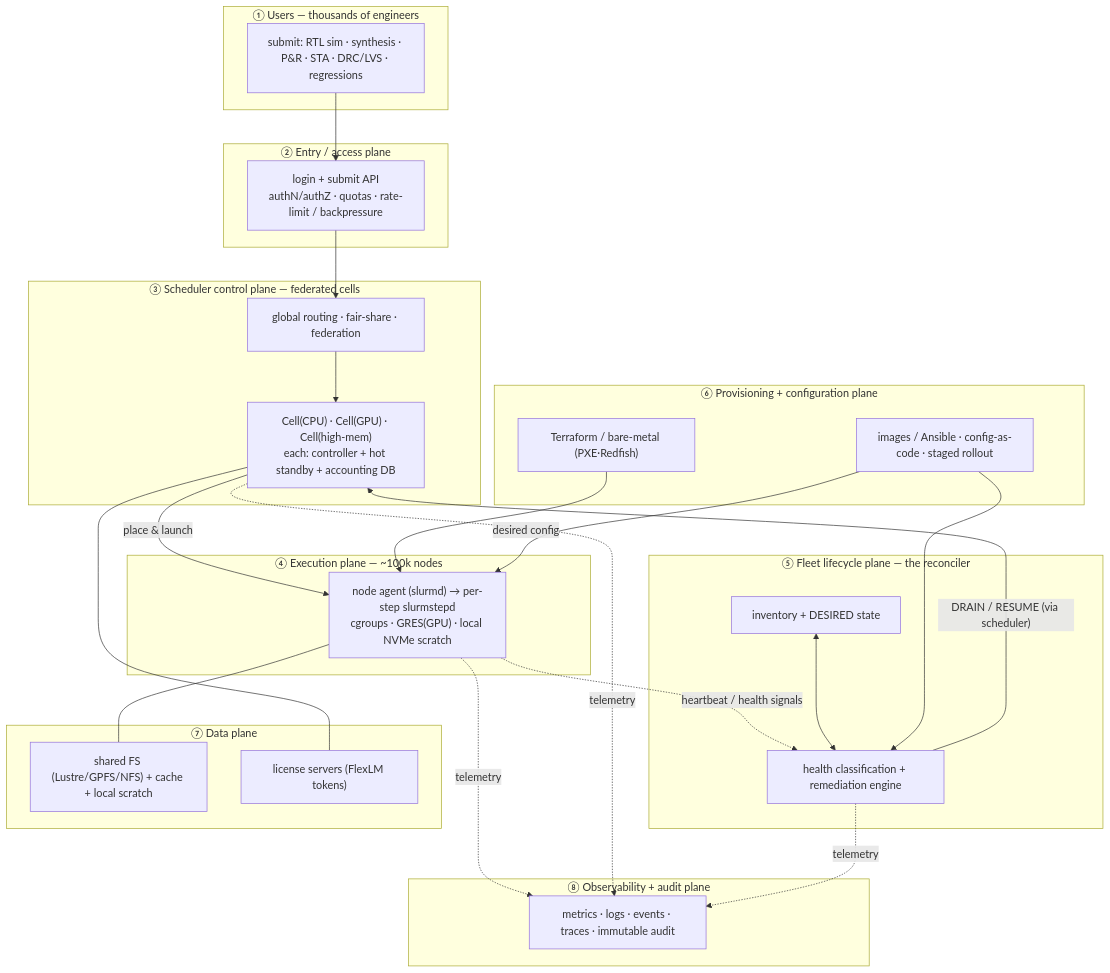
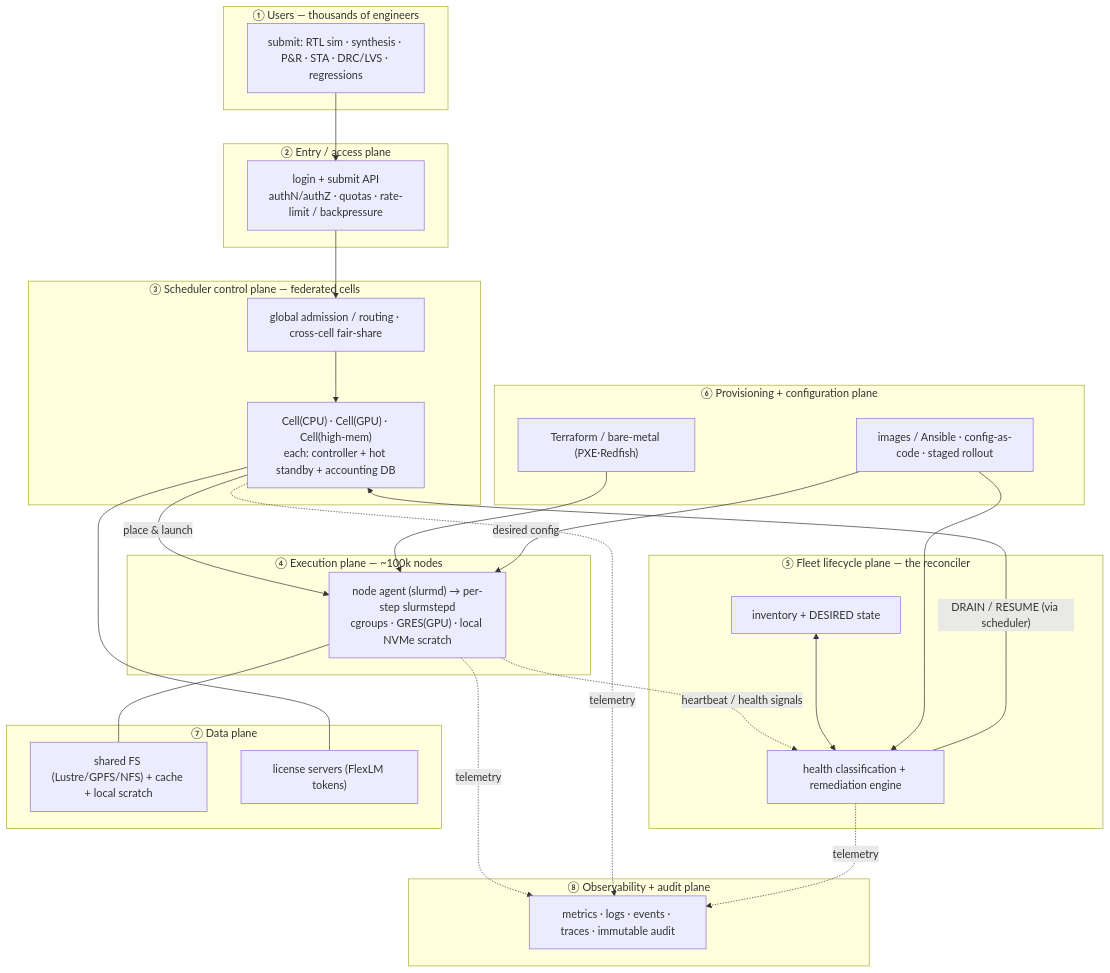
Before and after one commit to Ajayvardhanreddy/distributed-workload-platform-slurm: the second of 15 diagrams in docs/PRODUCTION_SCALE_ARCHITECTURE.md, drawn with Mermaid. The commit also changed other lines of this file and 1 other file, not shown here.

First line of the commit message:
docs: tighten production-scale architecture doc and README

````diff
--- a/docs/PRODUCTION_SCALE_ARCHITECTURE.md
+++ b/docs/PRODUCTION_SCALE_ARCHITECTURE.md
@@ -127,45 +129,45 @@
 ```mermaid
 flowchart TB
     subgraph P1["① Users — thousands of engineers"]
         ENG["submit: RTL sim · synthesis · P&R · STA · DRC/LVS · regressions"]
     end
     subgraph P2["② Entry / access plane"]
         LOGIN["login + submit API<br/>authN/authZ · quotas · rate-limit / backpressure"]
     end
     subgraph P3["③ Scheduler control plane — federated cells"]
-        FED["global routing · fair-share · federation"]
+        FED["global admission / routing · cross-cell fair-share"]
         CELLS["Cell(CPU) · Cell(GPU) · Cell(high-mem)<br/>each: controller + hot standby + accounting DB"]
     end
     subgraph P4["④ Execution plane — ~100k nodes"]
         EXEC["node agent (slurmd) → per-step slurmstepd<br/>cgroups · GRES(GPU) · local NVMe scratch"]
     end
     subgraph P5["⑤ Fleet lifecycle plane — the reconciler"]
         INV["inventory + DESIRED state"]
         REM["health classification + remediation engine"]
     end
     subgraph P6["⑥ Provisioning + configuration plane"]
         PROV["Terraform / bare-metal (PXE·Redfish)"]
         CFG["images / Ansible · config-as-code · staged rollout"]
     end
     subgraph P7["⑦ Data plane"]
         FS["shared FS (Lustre/GPFS/NFS) + cache + local scratch"]
         LIC["license servers (FlexLM tokens)"]
     end
     subgraph P8["⑧ Observability + audit plane"]
         OBS["metrics · logs · events · traces · immutable audit"]
     end
 
     ENG --> LOGIN --> FED --> CELLS
     CELLS -->|"place & launch"| EXEC
     EXEC -. "heartbeat / health signals" .-> REM
     REM -->|"DRAIN / RESUME (via scheduler)"| CELLS
     INV <--> REM
     PROV --> EXEC
     CFG -->|"desired config"| EXEC
     CFG --> REM
     EXEC --- FS
     CELLS --- LIC
     EXEC -. telemetry .-> OBS
     CELLS -. telemetry .-> OBS
     REM -. telemetry .-> OBS
 ```
````
